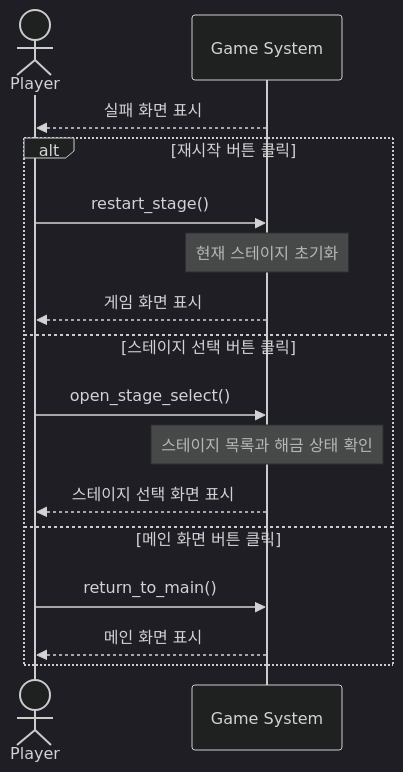
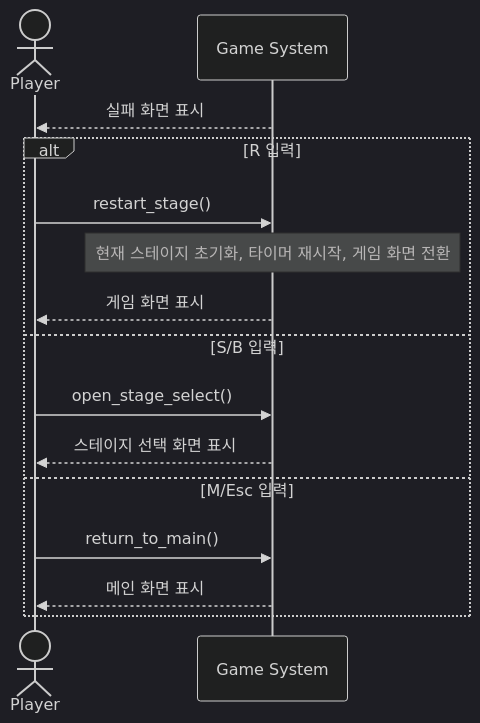
One commit to wisewo/kongoose changed the sixth of 7 diagrams in doc/04_system_sequence_diagrams.md. Above: the diagram before and after it, drawn with Mermaid (dark theme). The commit also changed other lines of this file and 33 other files, not shown here.

````diff
--- a/doc/04_system_sequence_diagrams.md
+++ b/doc/04_system_sequence_diagrams.md
@@ -135,20 +143,19 @@
 ```mermaid
 sequenceDiagram
     actor Player
     participant System as Game System
 
     System-->>Player: 실패 화면 표시
 
-    alt 재시작 버튼 클릭
+    alt R 입력
         Player->>System: restart_stage()
-        Note over System: 현재 스테이지 초기화
+        Note over System: 현재 스테이지 초기화, 타이머 재시작, 게임 화면 전환
         System-->>Player: 게임 화면 표시
-    else 스테이지 선택 버튼 클릭
+    else S/B 입력
         Player->>System: open_stage_select()
-        Note over System: 스테이지 목록과 해금 상태 확인
         System-->>Player: 스테이지 선택 화면 표시
-    else 메인 화면 버튼 클릭
+    else M/Esc 입력
         Player->>System: return_to_main()
         System-->>Player: 메인 화면 표시
     end
 ```
````
